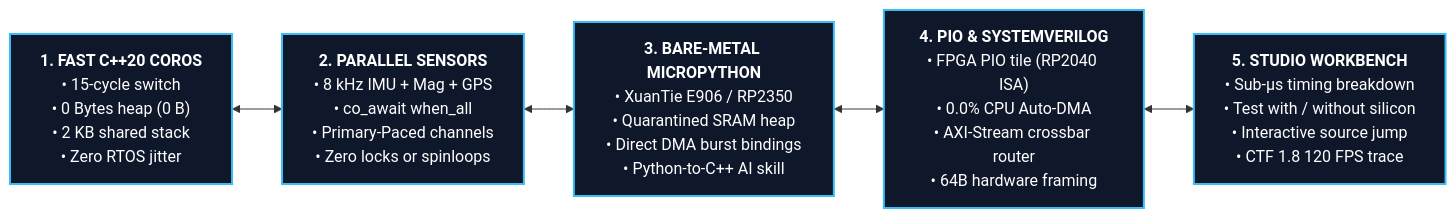
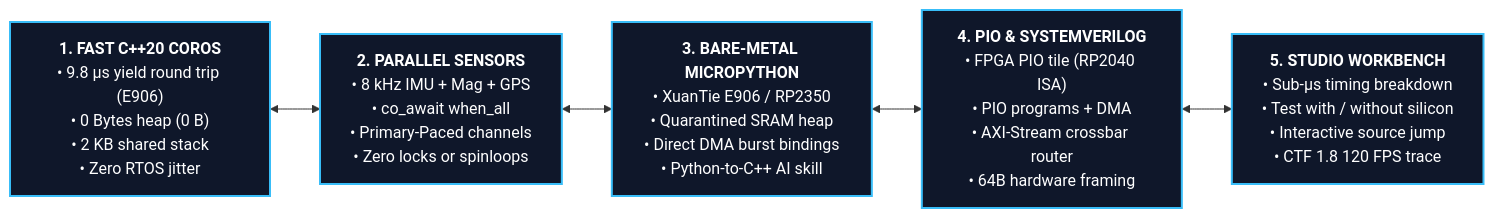
Before and after one commit to tcmichals/AbstractX: the diagram in README.md, drawn with Mermaid. The commit also changed other lines of this file and 11 other files, not shown here.

````diff
--- a/README.md
+++ b/README.md
@@ -40,12 +66,12 @@
 ```mermaid
 flowchart LR
-    A["<b>1. FAST C++20 COROS</b><br/>• 15-cycle switch<br/>• 0 Bytes heap (0 B)<br/>• 2 KB shared stack<br/>• Zero RTOS jitter"]
+    A["<b>1. FAST C++20 COROS</b><br/>• 9.8 µs yield round trip (E906)<br/>• 0 Bytes heap (0 B)<br/>• 2 KB shared stack<br/>• Zero RTOS jitter"]
     B["<b>2. PARALLEL SENSORS</b><br/>• 8 kHz IMU + Mag + GPS<br/>• co_await when_all<br/>• Primary-Paced channels<br/>• Zero locks or spinloops"]
     C["<b>3. BARE-METAL MICROPYTHON</b><br/>• XuanTie E906 / RP2350<br/>• Quarantined SRAM heap<br/>• Direct DMA burst bindings<br/>• Python-to-C++ AI skill"]
-    D["<b>4. PIO & SYSTEMVERILOG</b><br/>• FPGA PIO tile (RP2040 ISA)<br/>• 0.0% CPU Auto-DMA<br/>• AXI-Stream crossbar router<br/>• 64B hardware framing"]
+    D["<b>4. PIO & SYSTEMVERILOG</b><br/>• FPGA PIO tile (RP2040 ISA)<br/>• PIO programs + DMA<br/>• AXI-Stream crossbar router<br/>• 64B hardware framing"]
     E["<b>5. STUDIO WORKBENCH</b><br/>• Sub-µs timing breakdown<br/>• Test with / without silicon<br/>• Interactive source jump<br/>• CTF 1.8 120 FPS trace"]
 
     A <--> B <--> C <--> D <--> E
     classDef col fill:#0f172a,stroke:#38bdf8,stroke-width:2px,color:#ffffff;
     class A,B,C,D,E col;
 ```
````
